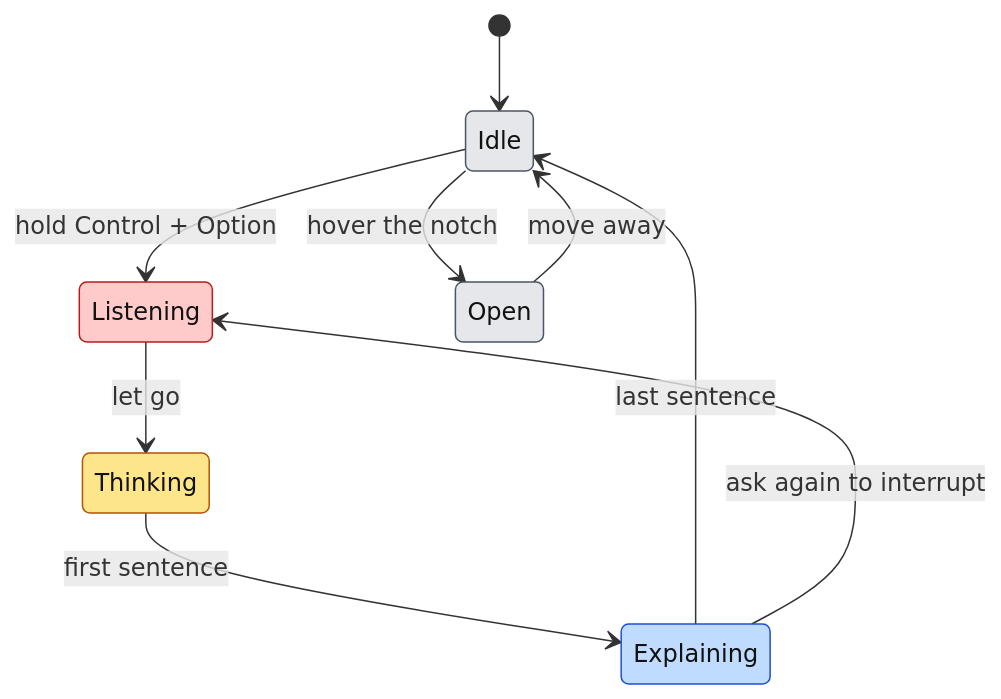
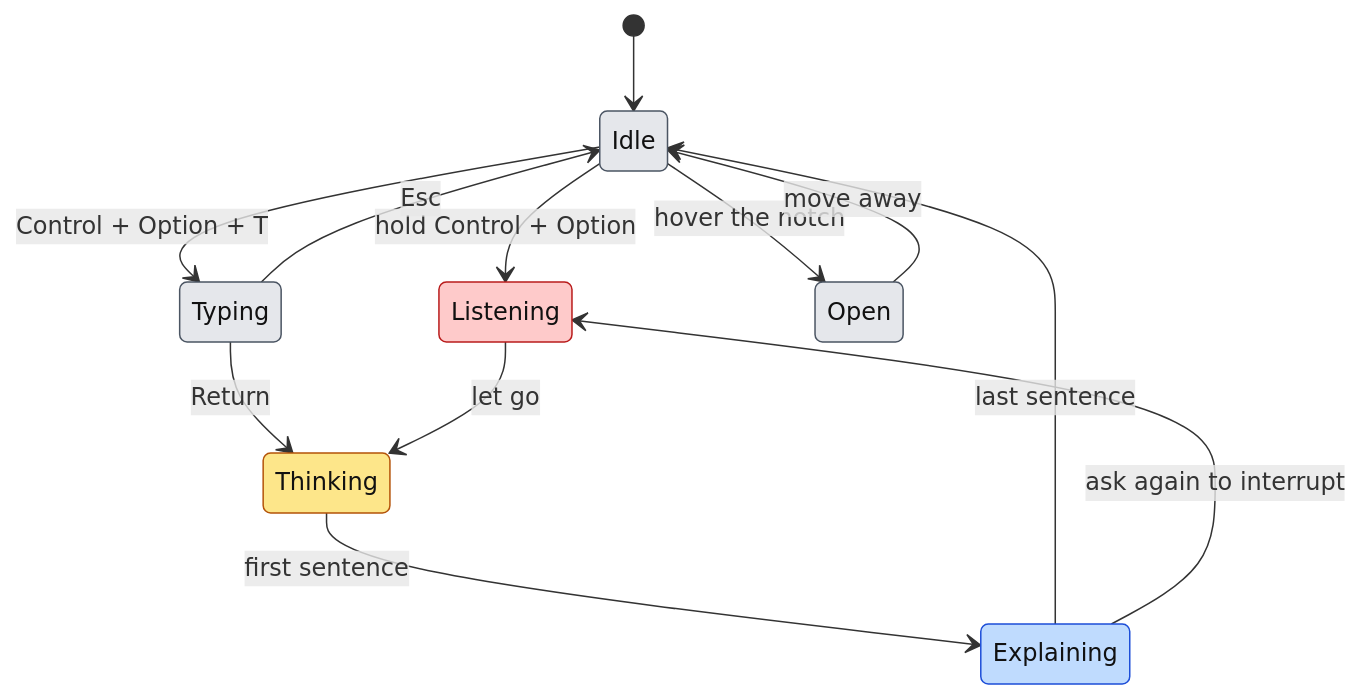
The first of 2 diagrams in docs/using-buddy.md (projects-hacks/buddy), drawn with Mermaid before and after one commit. The commit also changed other lines of this file and 14 other files, not shown here.

Commit message:
Let students type questions in the notch with Control + Option + T and have Buddy guide them through tasks in any app one step at a time, watching for each step on the Mac so no tokens are spent waiting

````diff
--- a/docs/using-buddy.md
+++ b/docs/using-buddy.md
@@ -9,21 +15,24 @@
 ```mermaid
 stateDiagram-v2
     direction TB
     [*] --> Idle
     Idle --> Listening: hold Control + Option
+    Idle --> Typing: Control + Option + T
+    Typing --> Thinking: Return
+    Typing --> Idle: Esc
     Listening --> Thinking: let go
     Thinking --> Explaining: first sentence
     Explaining --> Idle: last sentence
     Explaining --> Listening: ask again to interrupt
     Idle --> Open: hover the notch
     Open --> Idle: move away
 
     classDef idle fill:#e5e7eb,stroke:#4b5563,color:#111
     classDef live fill:#fecaca,stroke:#b91c1c,color:#111
     classDef busy fill:#fde68a,stroke:#b45309,color:#111
     classDef talk fill:#bfdbfe,stroke:#1d4ed8,color:#111
-    class Idle,Open idle
+    class Idle,Open,Typing idle
     class Listening live
     class Thinking busy
     class Explaining talk
 ```
````
